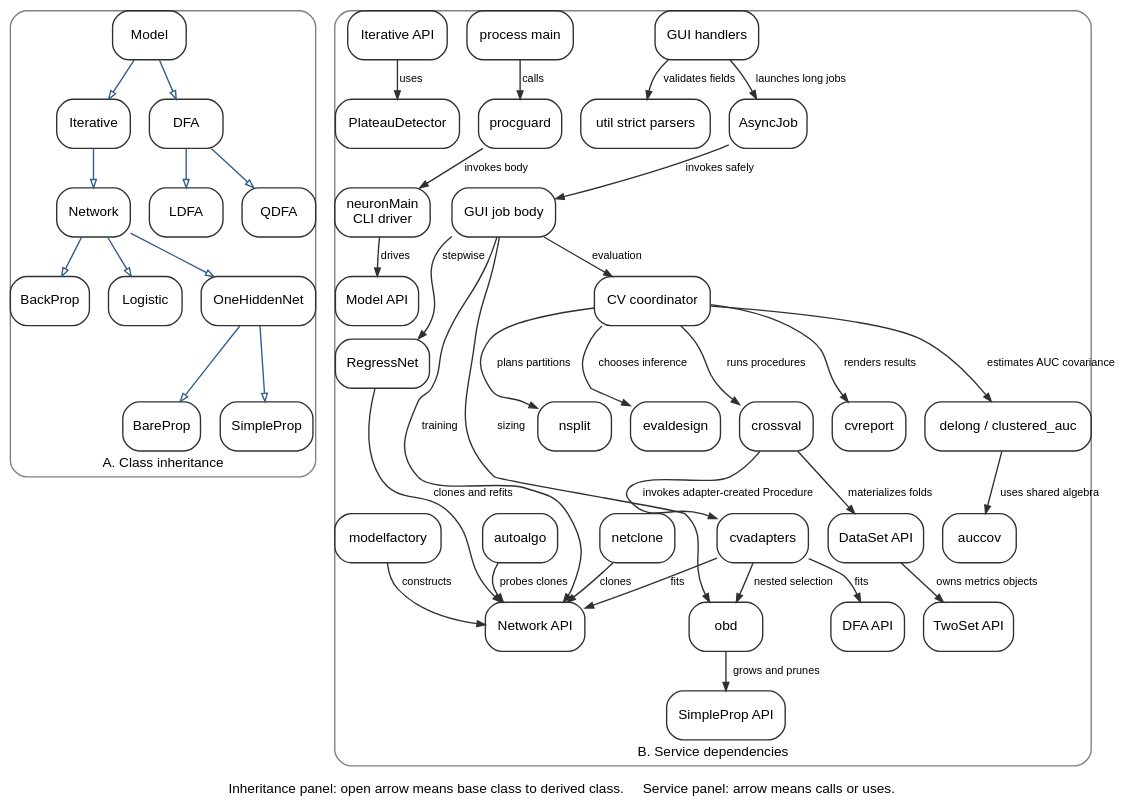
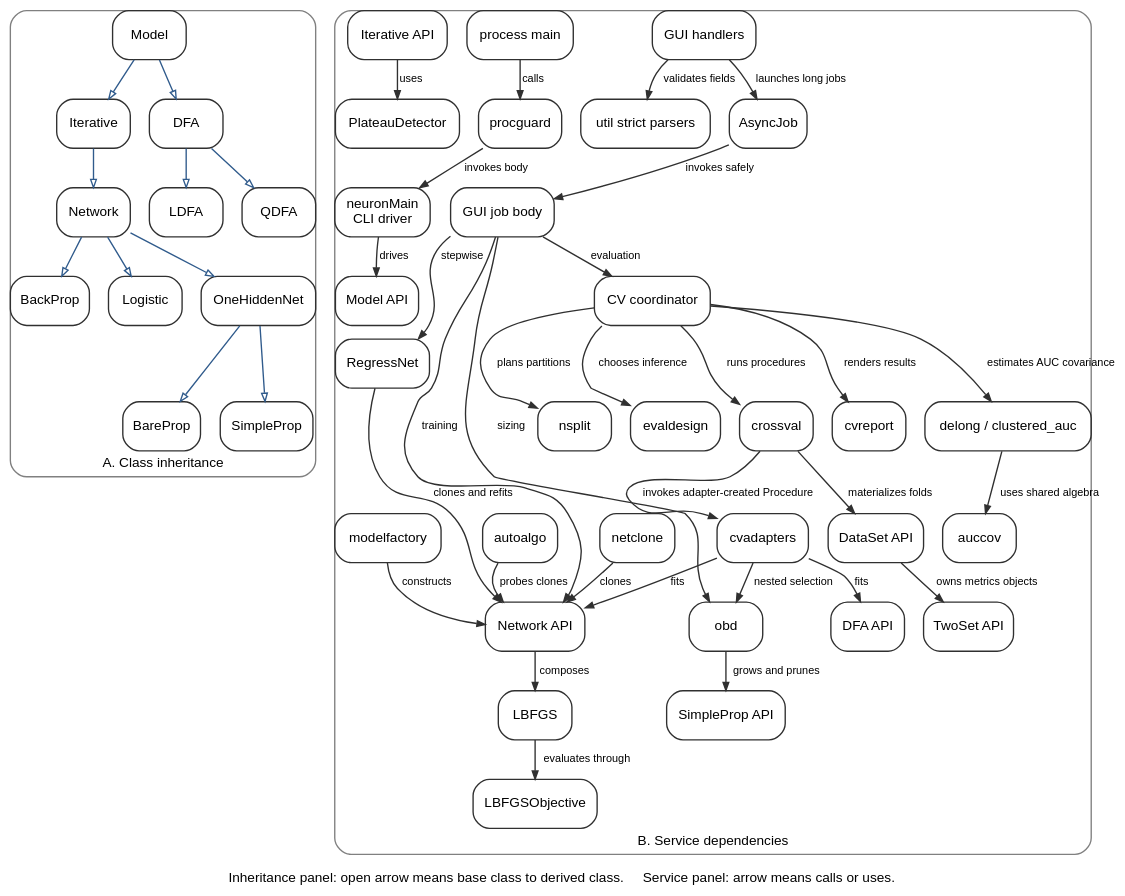
One commit to craignied/neuron changed the diagram in docs/tex/figures/objects.dot. Above: the diagram before and after it, drawn with Graphviz. The commit also changed 17 other files, not shown here.

Commit message:
Expose retained L-BFGS through the REST API

```diff
--- a/docs/tex/figures/objects.dot
+++ b/docs/tex/figures/objects.dot
@@ -1,108 +1,112 @@
 digraph neuron_objects {
   graph [rankdir=TB, bgcolor="transparent", margin=0.03, nodesep=0.20,
          ranksep=0.27, fontname="Helvetica", fontsize=10,
          label="Inheritance panel: open arrow means base class to derived class.     Service panel: arrow means calls or uses.",
          labelloc=b, labeljust=c];
   node [shape=box, style="rounded", color="#303030", fontname="Helvetica",
         fontsize=10, margin="0.09,0.05"];
   edge [color="#303030", fontname="Helvetica", fontsize=8, arrowsize=0.60];
 
   subgraph cluster_classes {
     label="A. Class inheritance";
     color="#808080";
     style="rounded";
 
     Model [label="Model"];
     Iterative [label="Iterative"];
     Network [label="Network"];
     OneHidden [label="OneHiddenNet"];
     Bare [label="BareProp"];
     Simple [label="SimpleProp"];
     Back [label="BackProp"];
     Logistic [label="Logistic"];
     DFA [label="DFA"];
     LDFA [label="LDFA"];
     QDFA [label="QDFA"];
 
     Model -> Iterative [arrowhead=empty, color="#305b8c"];
     Iterative -> Network [arrowhead=empty, color="#305b8c"];
     Network -> OneHidden [arrowhead=empty, color="#305b8c"];
     OneHidden -> Bare [arrowhead=empty, color="#305b8c"];
     OneHidden -> Simple [arrowhead=empty, color="#305b8c"];
     Network -> Back [arrowhead=empty, color="#305b8c"];
     Network -> Logistic [arrowhead=empty, color="#305b8c"];
     Model -> DFA [arrowhead=empty, color="#305b8c"];
     DFA -> LDFA [arrowhead=empty, color="#305b8c"];
     DFA -> QDFA [arrowhead=empty, color="#305b8c"];
   }
 
   subgraph cluster_services {
     label="B. Service dependencies";
     color="#808080";
     style="rounded";
 
     Gui [label="GUI handlers"];
     Main [label="process main"];
     Cli [label="neuronMain\nCLI driver"];
     Parse [label="util strict parsers"];
     Async [label="AsyncJob"];
     JobBody [label="GUI job body"];
     Guard [label="procguard"];
 
     CvCoord [label="CV coordinator"];
     Split [label="nsplit"];
     CV [label="crossval"];
     Adapters [label="cvadapters"];
     Eval [label="evaldesign"];
     Est [label="delong / clustered_auc"];
     Cov [label="auccov"];
     Report [label="cvreport"];
 
     OBD [label="obd"];
     RegressNet [label="RegressNet"];
     Factory [label="modelfactory"];
     Clone [label="netclone"];
     Auto [label="autoalgo"];
     Plateau [label="PlateauDetector"];
+    LBFGS [label="LBFGS"];
+    LBFGSObjective [label="LBFGSObjective"];
 
     ModelApi [label="Model API"];
     IterativeApi [label="Iterative API"];
     NetworkApi [label="Network API"];
     SimpleApi [label="SimpleProp API"];
     DfaApi [label="DFA API"];
     DataApi [label="DataSet API"];
     TwoSetApi [label="TwoSet API"];
 
     Gui -> Parse [label="validates fields"];
     Gui -> Async [label="launches long jobs"];
     Main -> Guard [label="calls"];
     Guard -> Cli [label="invokes body"];
     Cli -> ModelApi [label="drives"];
 
     Async -> JobBody [label="invokes safely"];
     JobBody -> NetworkApi [label="training"];
     JobBody -> OBD [label="sizing"];
     JobBody -> RegressNet [label="stepwise"];
     JobBody -> CvCoord [label="evaluation"];
 
     CvCoord -> Split [label="plans partitions"];
     CvCoord -> CV [label="runs procedures"];
     CvCoord -> Eval [label="chooses inference"];
     CvCoord -> Est [label="estimates AUC covariance"];
     CvCoord -> Report [label="renders results"];
     CV -> DataApi [label="materializes folds"];
     CV -> Adapters [label="invokes adapter-created Procedure"];
     Adapters -> NetworkApi [label="fits"];
     Adapters -> DfaApi [label="fits"];
     Adapters -> OBD [label="nested selection"];
     Est -> Cov [label="uses shared algebra"];
 
     DataApi -> TwoSetApi [label="owns metrics objects"];
     IterativeApi -> Plateau [label="uses"];
     OBD -> SimpleApi [label="grows and prunes"];
     RegressNet -> NetworkApi [label="clones and refits"];
     Factory -> NetworkApi [label="constructs"];
     Clone -> NetworkApi [label="clones"];
     Auto -> NetworkApi [label="probes clones"];
+    NetworkApi -> LBFGS [label="composes"];
+    LBFGS -> LBFGSObjective [label="evaluates through"];
   }
 }
```
